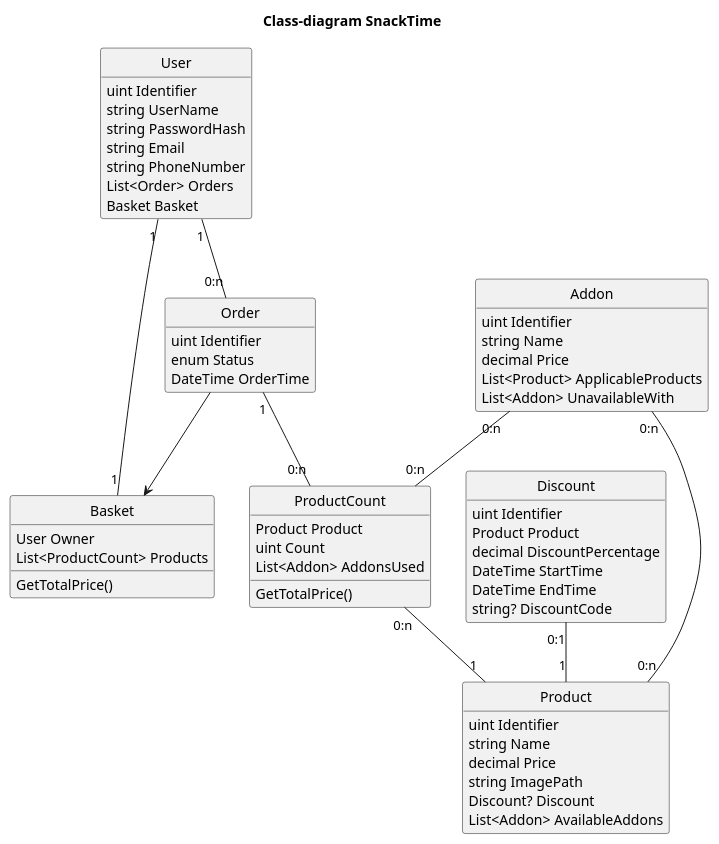
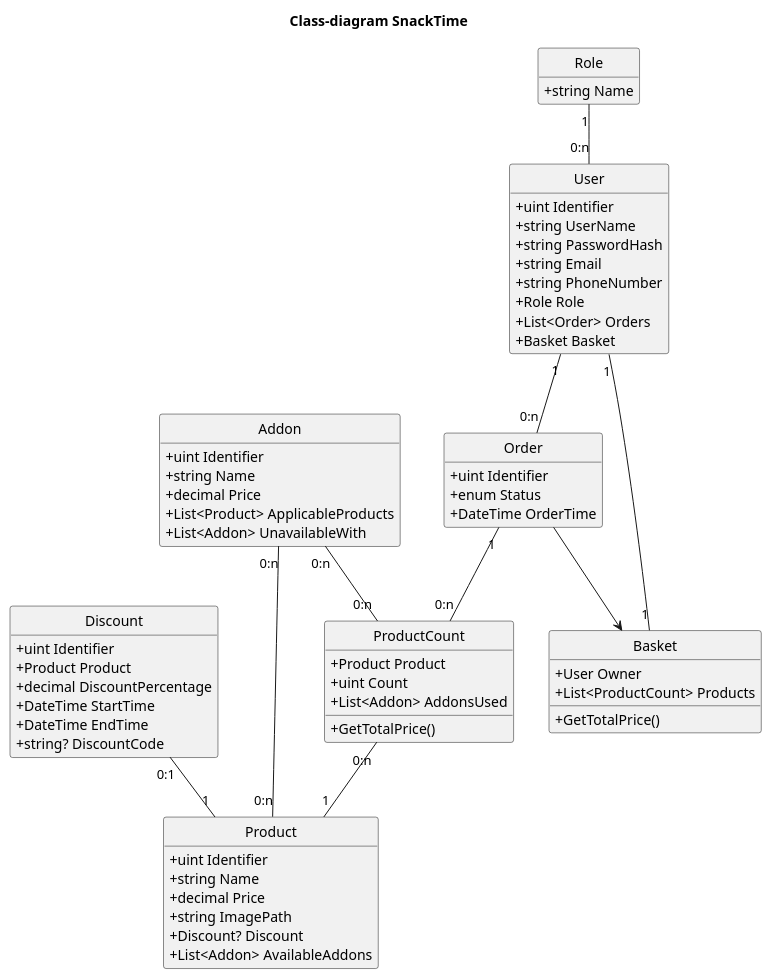
One commit to kinggeert/SnackTime changed the diagram in SnackTime/Uml/ClassDiagram.puml. Above: the diagram before and after it, drawn with PlantUML.

Commit message:
Add roles to class diagram

```diff
--- a/SnackTime/Uml/ClassDiagram.puml
+++ b/SnackTime/Uml/ClassDiagram.puml
@@ -1,78 +1,84 @@
 @startuml
 hide circle
 hide empty members
 skinparam classAttributeIconSize 0
 skinparam packageStyle rectangle
 title Class-diagram SnackTime
 
 
 class User {
-    uint Identifier
-    string UserName
-    string PasswordHash
-    string Email
-    string PhoneNumber
-    List<Order> Orders
-    Basket Basket
+    +uint Identifier
+    +string UserName
+    +string PasswordHash
+    +string Email
+    +string PhoneNumber
+    +Role Role
+    +List<Order> Orders
+    +Basket Basket
+}
+
+class Role {
+    +string Name
 }
 
 class Product {
-    uint Identifier
-    string Name
-    decimal Price
-    string ImagePath
-    Discount? Discount
-    List<Addon> AvailableAddons
+    +uint Identifier
+    +string Name
+    +decimal Price
+    +string ImagePath
+    +Discount? Discount
+    +List<Addon> AvailableAddons
 }
 
 class ProductCount {
-    Product Product
-    uint Count
-    List<Addon> AddonsUsed
+    +Product Product
+    +uint Count
+    +List<Addon> AddonsUsed
     
-    GetTotalPrice()
+    +GetTotalPrice()
 }
 
 class Basket {
-    User Owner
-    List<ProductCount> Products
+    +User Owner
+    +List<ProductCount> Products
     
-    GetTotalPrice()
+    +GetTotalPrice()
 }
 
 class Order {
-    uint Identifier
-    enum Status
-    DateTime OrderTime
+    +uint Identifier
+    +enum Status
+    +DateTime OrderTime
 }
 
 class Discount {
-    uint Identifier
-    Product Product
-    decimal DiscountPercentage
-    DateTime StartTime
-    DateTime EndTime
-    string? DiscountCode
+    +uint Identifier
+    +Product Product
+    +decimal DiscountPercentage
+    +DateTime StartTime
+    +DateTime EndTime
+    +string? DiscountCode
 }
 
 class Addon {
-    uint Identifier
-    string Name
-    decimal Price
-    List<Product> ApplicableProducts
-    List<Addon> UnavailableWith
+    +uint Identifier
+    +string Name
+    +decimal Price
+    +List<Product> ApplicableProducts
+    +List<Addon> UnavailableWith
 }
 
 User "1" -- "0:n" Order
 Order "1" -- "0:n" ProductCount
 ProductCount "0:n" -- "1" Product
 Discount "0:1" -- "1" Product
 User "1" -- "1" Basket
 Addon "0:n" -- "0:n" Product
 Addon "0:n" -- "0:n" ProductCount
+Role "1" -- "0:n" User
 
 Order --> Basket
 
 
 
 @enduml
```
